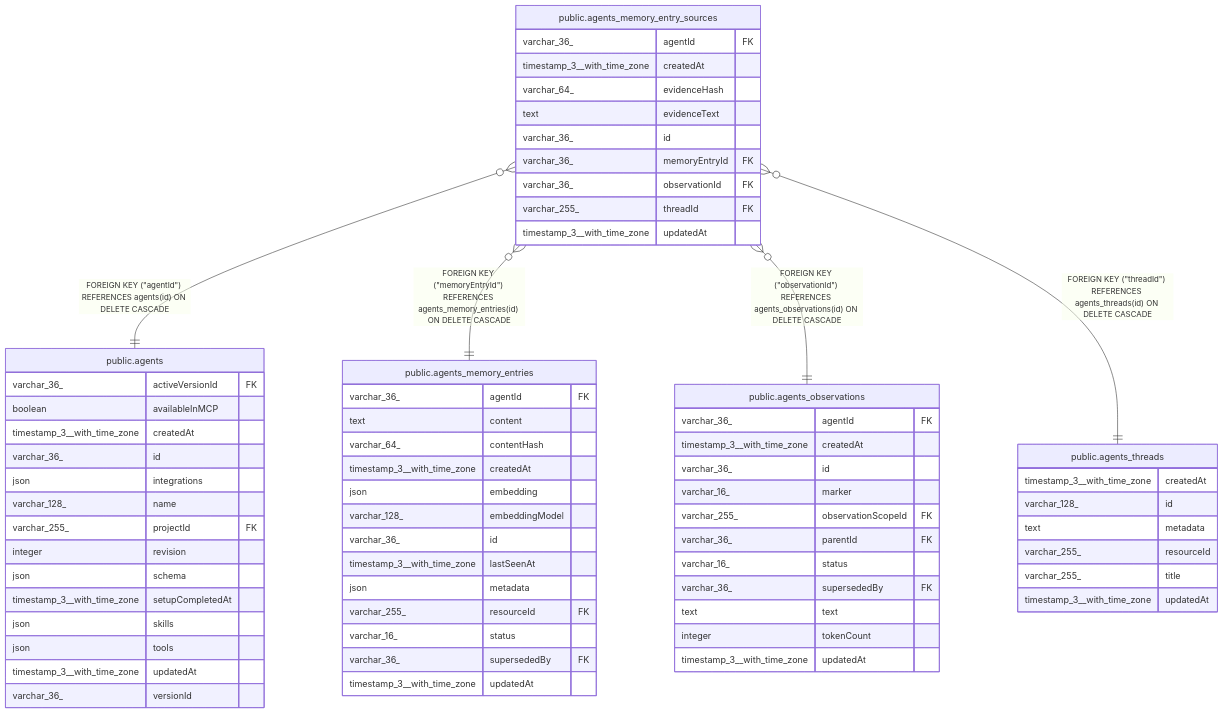
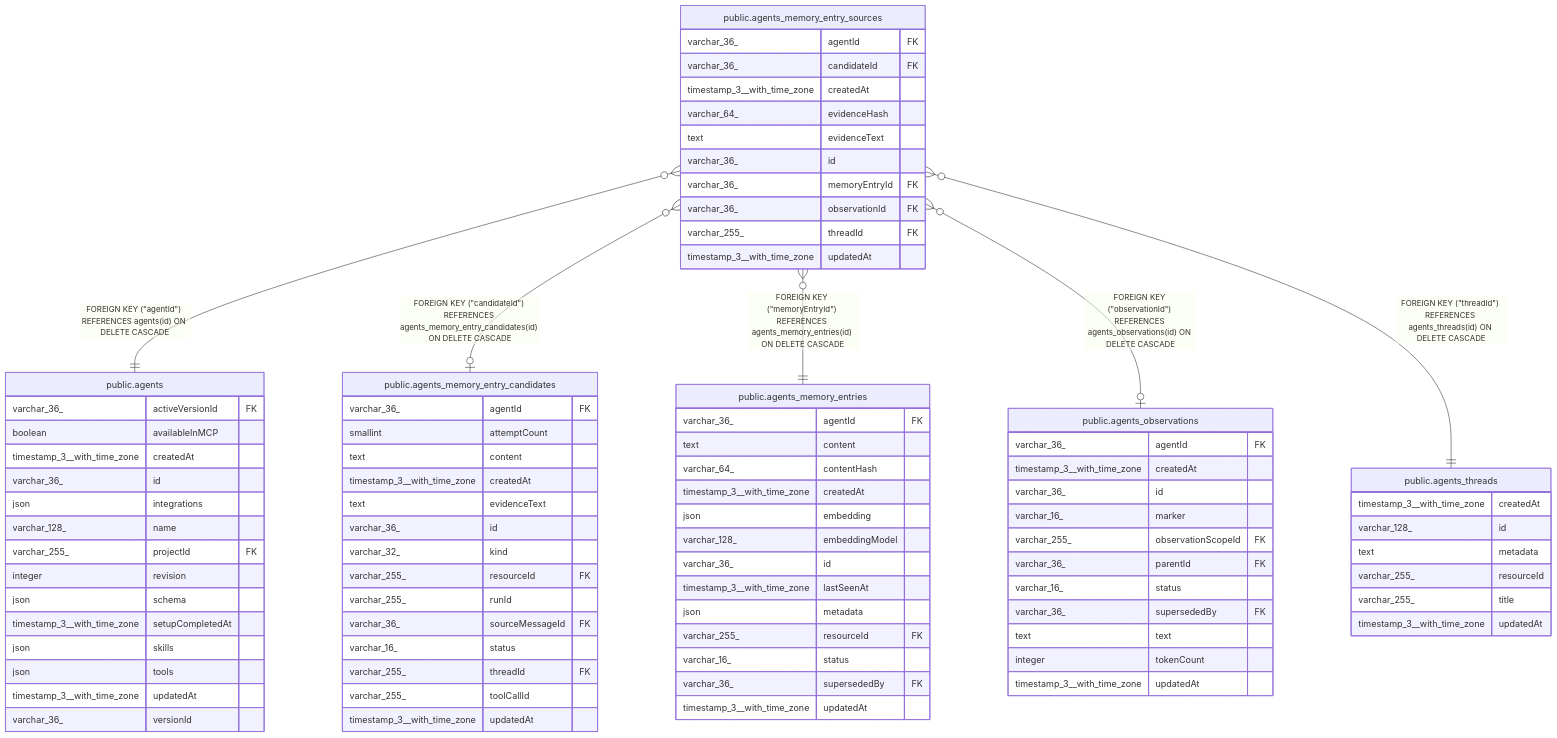
Before and after one commit to Tanishq-1/all-global-plugin: the diagram in universal-plugin/backend/oss/n8n/docs/generated/postgres-schema/public.agents_memory_entry_sources.md, drawn with Mermaid. The commit also changed other lines of this file and 3199 other files, not shown here.

```diff
--- a/universal-plugin/backend/oss/n8n/docs/generated/postgres-schema/public.agents_memory_entry_sources.md
+++ b/universal-plugin/backend/oss/n8n/docs/generated/postgres-schema/public.agents_memory_entry_sources.md
@@ -49,12 +53,14 @@
 erDiagram
 
 "public.agents_memory_entry_sources" }o--|| "public.agents" : "FOREIGN KEY (#quot;agentId#quot;) REFERENCES agents(id) ON DELETE CASCADE"
+"public.agents_memory_entry_sources" }o--o| "public.agents_memory_entry_candidates" : "FOREIGN KEY (#quot;candidateId#quot;) REFERENCES agents_memory_entry_candidates(id) ON DELETE CASCADE"
 "public.agents_memory_entry_sources" }o--|| "public.agents_memory_entries" : "FOREIGN KEY (#quot;memoryEntryId#quot;) REFERENCES agents_memory_entries(id) ON DELETE CASCADE"
-"public.agents_memory_entry_sources" }o--|| "public.agents_observations" : "FOREIGN KEY (#quot;observationId#quot;) REFERENCES agents_observations(id) ON DELETE CASCADE"
+"public.agents_memory_entry_sources" }o--o| "public.agents_observations" : "FOREIGN KEY (#quot;observationId#quot;) REFERENCES agents_observations(id) ON DELETE CASCADE"
 "public.agents_memory_entry_sources" }o--|| "public.agents_threads" : "FOREIGN KEY (#quot;threadId#quot;) REFERENCES agents_threads(id) ON DELETE CASCADE"
 
 "public.agents_memory_entry_sources" {
   varchar_36_ agentId FK
+  varchar_36_ candidateId FK
   timestamp_3__with_time_zone createdAt
   varchar_64_ evidenceHash
   text evidenceText
@@ -79,6 +85,22 @@
   json tools
   timestamp_3__with_time_zone updatedAt
   varchar_36_ versionId
+}
+"public.agents_memory_entry_candidates" {
+  varchar_36_ agentId FK
+  smallint attemptCount
+  text content
+  timestamp_3__with_time_zone createdAt
+  text evidenceText
+  varchar_36_ id
+  varchar_32_ kind
+  varchar_255_ resourceId FK
+  varchar_255_ runId
+  varchar_36_ sourceMessageId FK
+  varchar_16_ status
+  varchar_255_ threadId FK
+  varchar_255_ toolCallId
+  timestamp_3__with_time_zone updatedAt
 }
 "public.agents_memory_entries" {
   varchar_36_ agentId FK
```
